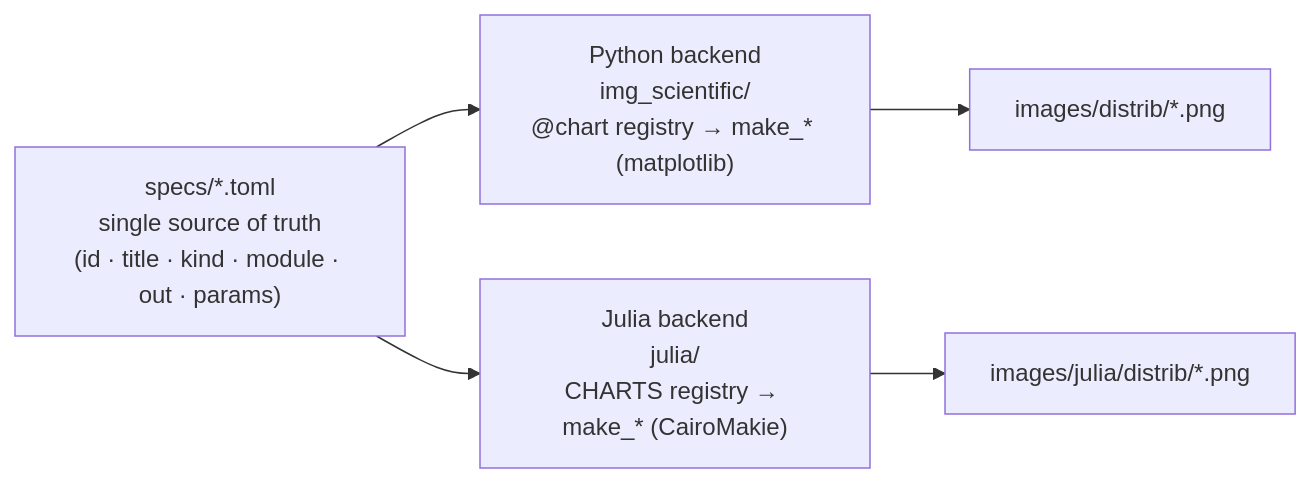
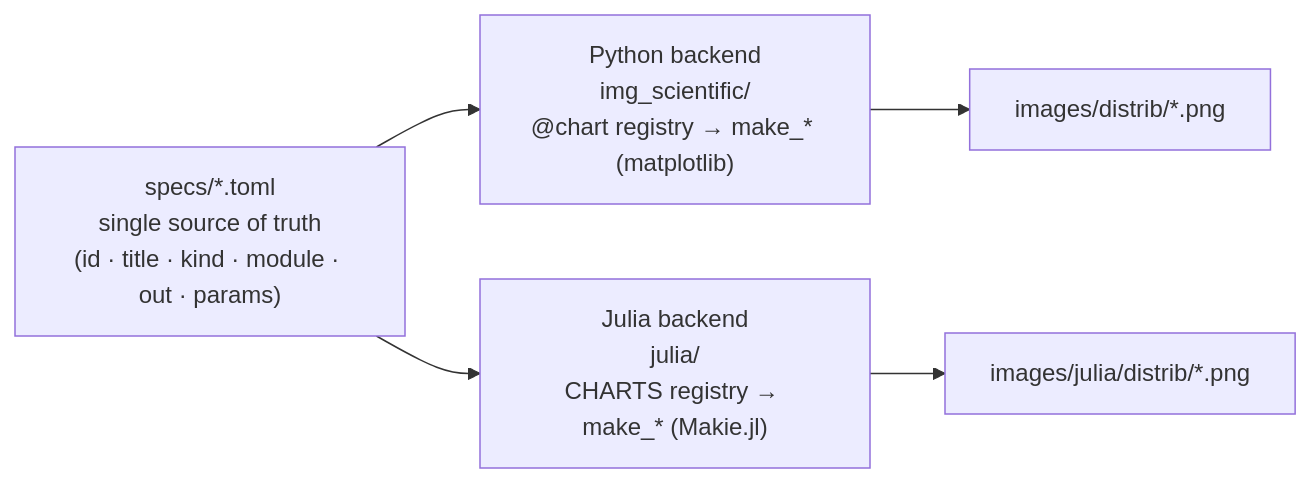
The first of 2 diagrams in README.md (ivaquero/img-scientific), drawn with Mermaid before and after one commit. The commit also changed other lines of this file and 51 other files, not shown here.

````diff
--- a/README.md
+++ b/README.md
@@ -20,10 +21,10 @@
 ```mermaid
 flowchart LR
     SPEC["specs/*.toml<br/>single source of truth<br/>(id · title · kind · module · out · params)"]
 
     SPEC --> PY["Python backend<br/>img_scientific/<br/>@chart registry → make_* (matplotlib)"]
-    SPEC --> JL["Julia backend<br/>julia/<br/>CHARTS registry → make_* (CairoMakie)"]
+    SPEC --> JL["Julia backend<br/>julia/<br/>CHARTS registry → make_* (Makie.jl)"]
 
     PY --> O1["images/distrib/*.png"]
     JL --> O2["images/julia/distrib/*.png"]
 ```
````
